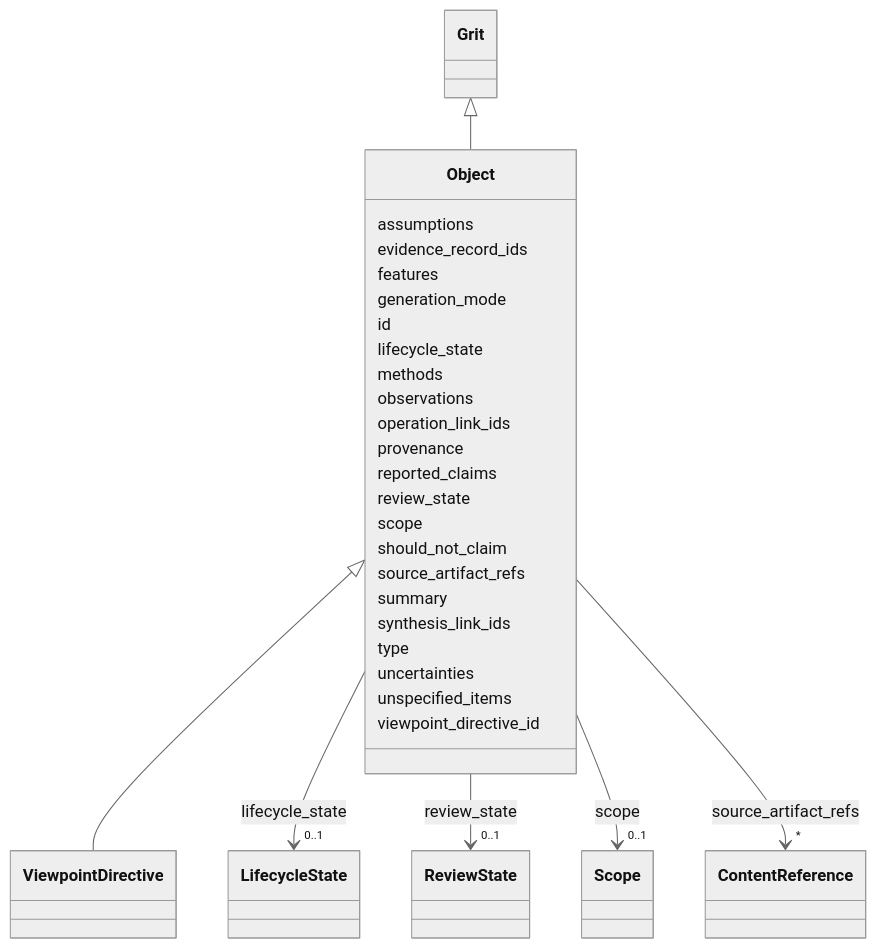
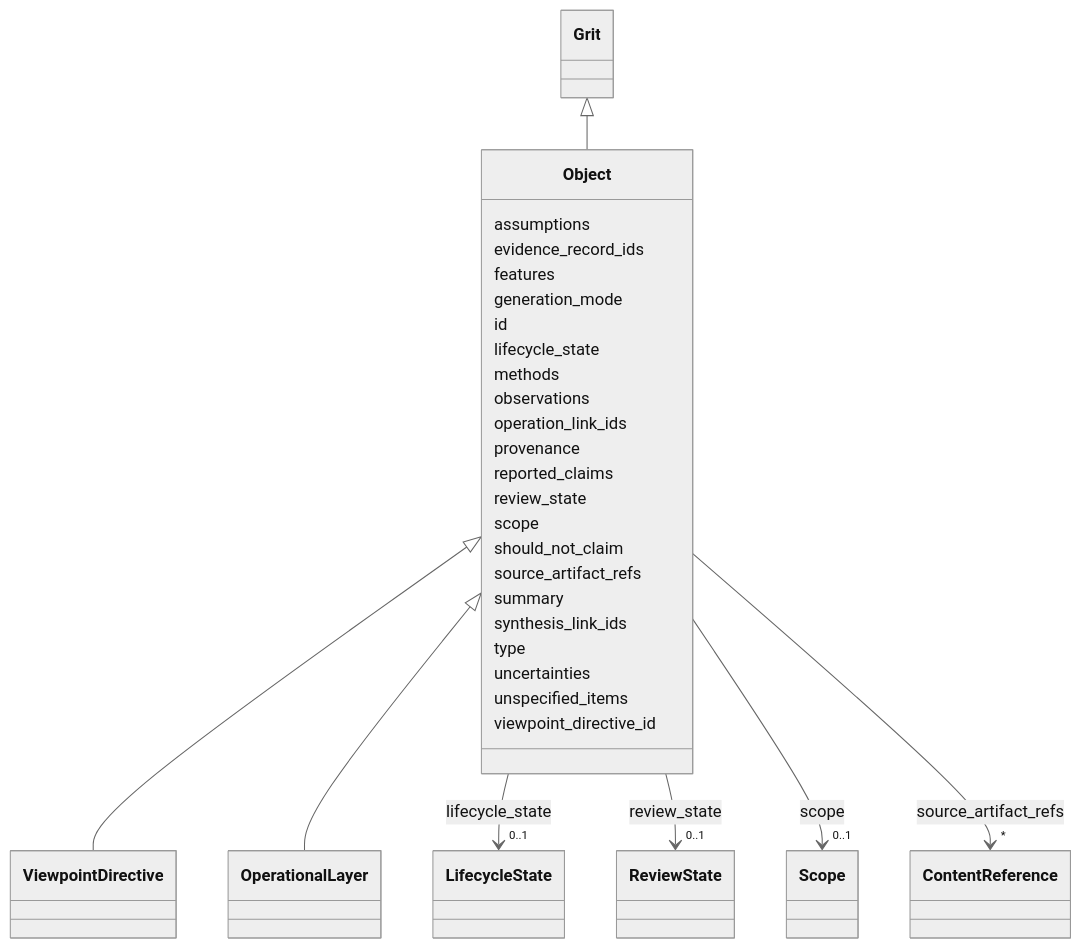
The diagram in docs/Object.md (phzwart/pygrits), drawn with Mermaid (neutral theme) before and after one commit. The commit also changed other lines of this file and 109 other files, not shown here.

```diff
--- a/docs/Object.md
+++ b/docs/Object.md
@@ -30,6 +30,8 @@
 
       Object <|-- ViewpointDirective
         click ViewpointDirective href "../ViewpointDirective/"
+      Object <|-- OperationalLayer
+        click OperationalLayer href "../OperationalLayer/"
       
 
       Object : assumptions
```
